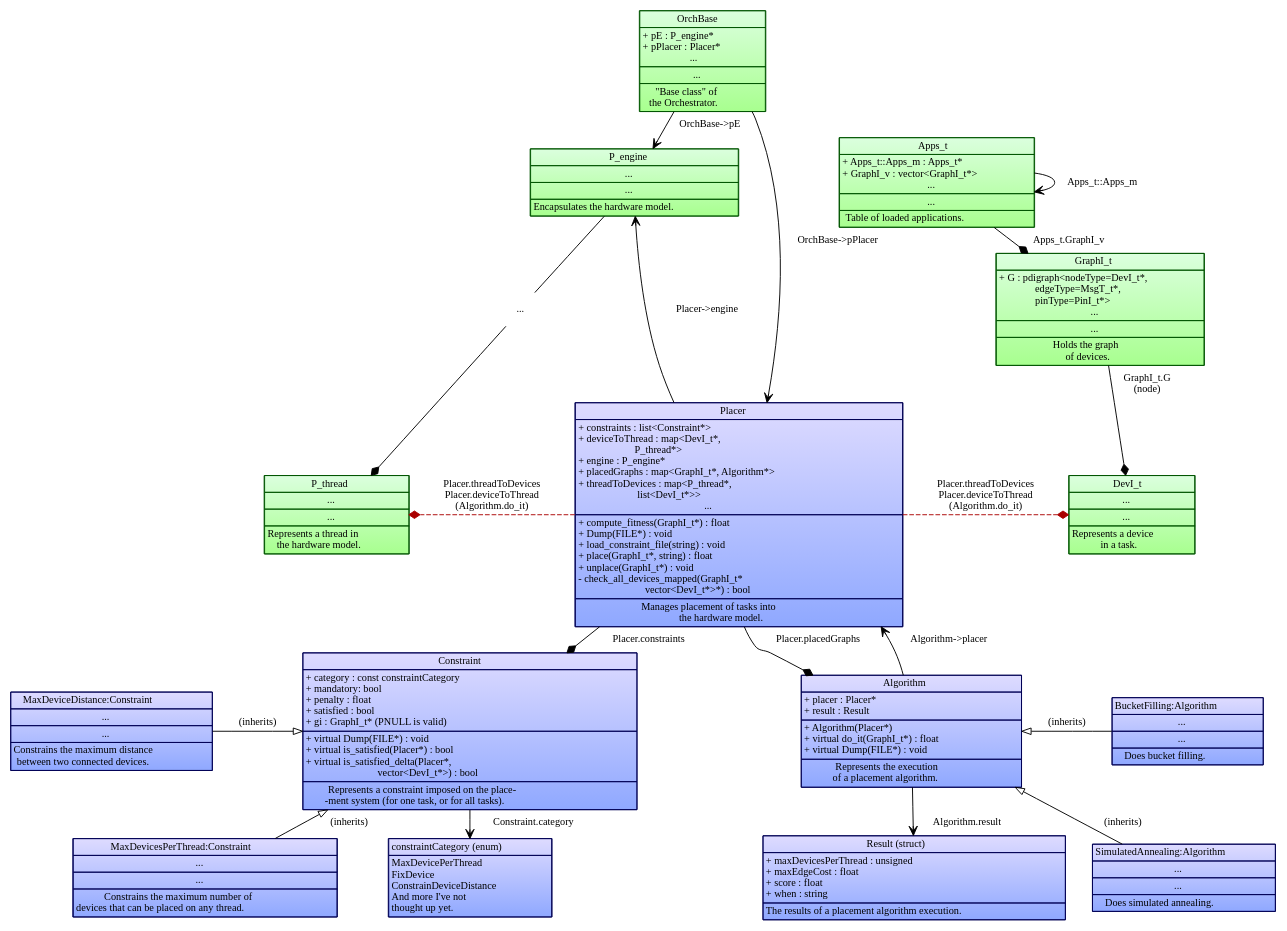
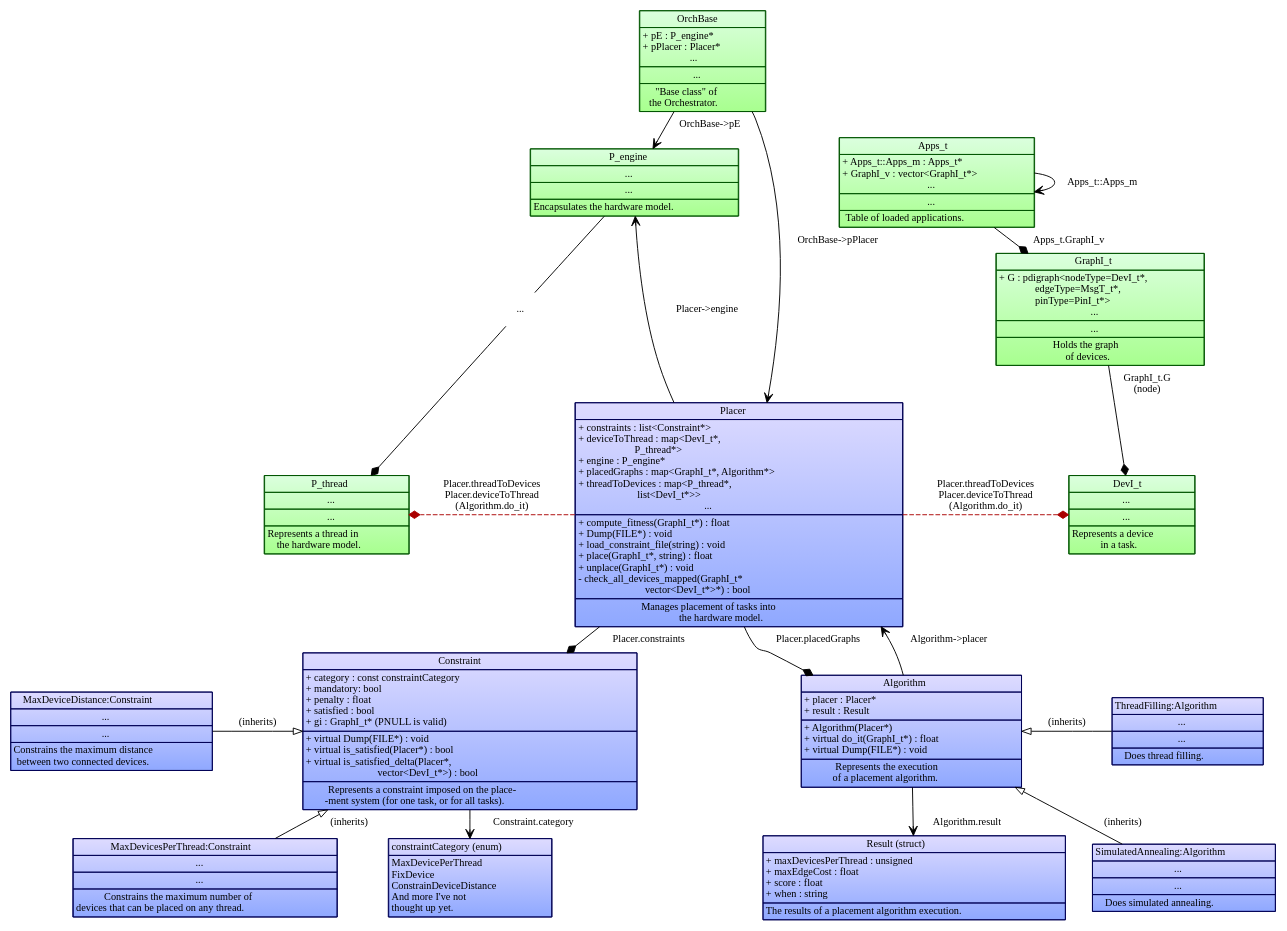
Before and after one commit to POETSII/orchestrator-documentation: the diagram in images/source/placement_design_data_structure.dot, drawn with Graphviz.

Commit message:
Update placement figure.

```diff
--- a/images/source/placement_design_data_structure.dot
+++ b/images/source/placement_design_data_structure.dot
@@ -228,8 +228,8 @@
 Does simulated annealing.<BR ALIGN="TEXT"/>
 </TD></TR></TABLE>>];
 
-    BucketFilling[label=<<TABLE BORDER="0" CELLBORDER="1" CELLSPACING="0">
-<TR><TD>BucketFilling:Algorithm</TD></TR>
+    ThreadFilling[label=<<TABLE BORDER="0" CELLBORDER="1" CELLSPACING="0">
+<TR><TD>ThreadFilling:Algorithm</TD></TR>
 <TR><TD ALIGN="TEXT">
 ...<BR ALIGN="TEXT"/>
 </TD></TR>
@@ -237,7 +237,7 @@
 ...<BR ALIGN="TEXT"/>
 </TD></TR>
 <TR><TD ALIGN="TEXT">
-Does bucket filling.<BR ALIGN="TEXT"/>
+Does thread filling.<BR ALIGN="TEXT"/>
 </TD></TR></TABLE>>];
 
     /* Relationship definitions (as graph edges) */
@@ -287,8 +287,8 @@
 
     /* Inheritance */
     {edge[arrowhead="onormal", label=" (inherits)"];
-        //BucketFilling -> Algorithm;
-        Algorithm -> BucketFilling[arrowtail="onormal", dir="back"];
+        //ThreadFilling -> Algorithm;
+        Algorithm -> ThreadFilling[arrowtail="onormal", dir="back"];
         SimulatedAnnealing -> Algorithm;
         MaxDevicesPerThread -> Constraint;
         MaxDeviceDistance -> Constraint;
@@ -308,12 +308,12 @@
 
     {rank="same";
         MaxDeviceDistance -> Constraint -> placeholder_1 -> Algorithm ->
-            BucketFilling [style="invis"];
+            ThreadFilling [style="invis"];
         rankdir="LR";
     }
 
     {edge[style="invis"];
-        BucketFilling -> SimulatedAnnealing;
+        ThreadFilling -> SimulatedAnnealing;
         MaxDeviceDistance -> MaxDevicesPerThread;
         Placer -> placeholder_1;
         placeholder_1 -> placeholder_2;
```
